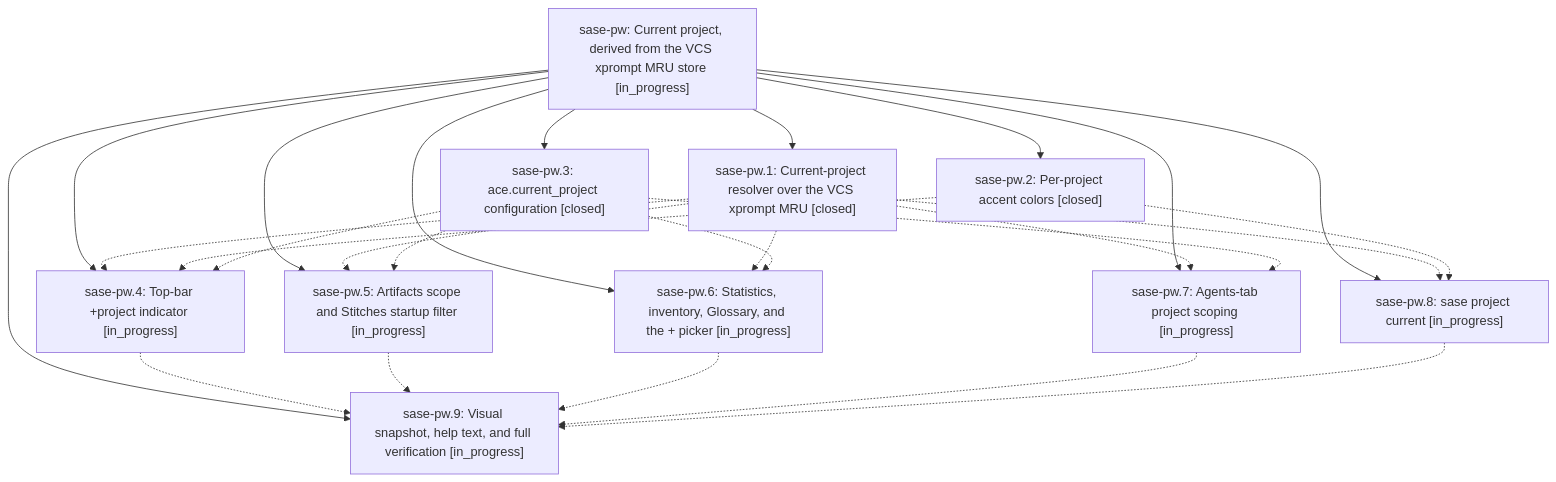
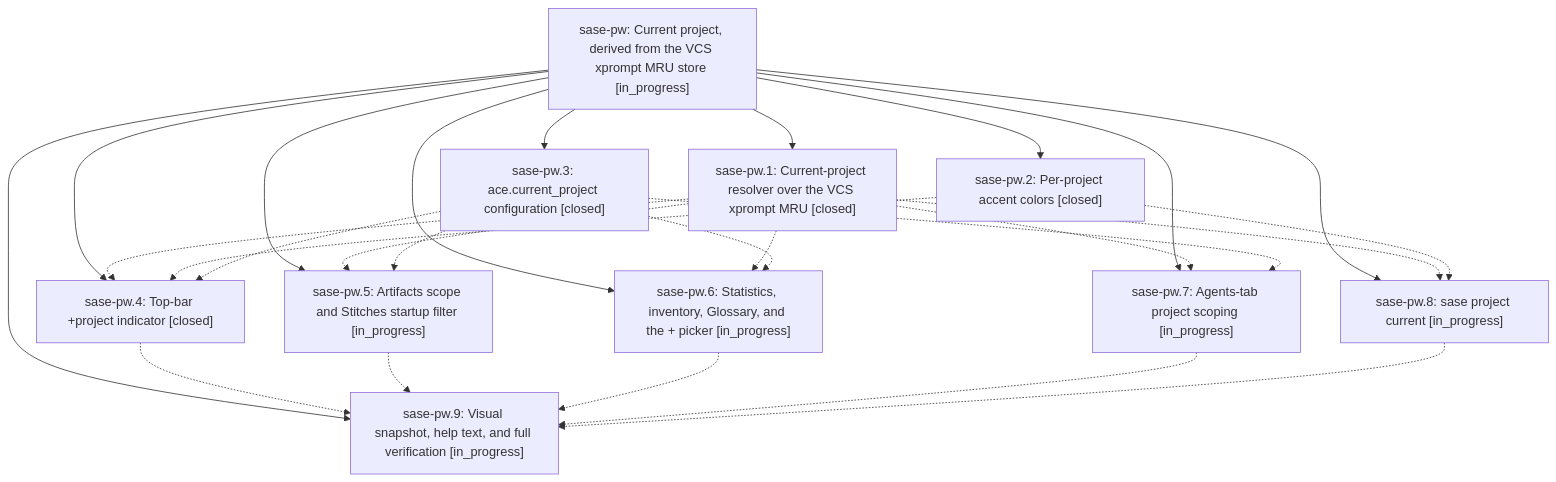
One commit to sase-org/sase--beads changed the diagram in pages/sase-pw/README.md. Above: the diagram before and after it, drawn with Mermaid. The commit also changed other lines of this file and 7 other files, not shown here.

````diff
--- a/pages/sase-pw/README.md
+++ b/pages/sase-pw/README.md
@@ -36,38 +38,38 @@
 ```mermaid
 flowchart TD
     n0["sase-pw: Current project, derived from the VCS xprompt MRU store [in_progress]"]
     n1["sase-pw.1: Current-project resolver over the VCS xprompt MRU [closed]"]
     n2["sase-pw.2: Per-project accent colors [closed]"]
     n3["sase-pw.3: ace.current_project configuration [closed]"]
-    n4["sase-pw.4: Top-bar +project indicator [in_progress]"]
+    n4["sase-pw.4: Top-bar +project indicator [closed]"]
     n5["sase-pw.5: Artifacts scope and Stitches startup filter [in_progress]"]
     n6["sase-pw.6: Statistics, inventory, Glossary, and the + picker [in_progress]"]
     n7["sase-pw.7: Agents-tab project scoping [in_progress]"]
     n8["sase-pw.8: sase project current [in_progress]"]
     n9["sase-pw.9: Visual snapshot, help text, and full verification [in_progress]"]
     n0 --> n1
     n0 --> n2
     n0 --> n3
     n0 --> n4
     n0 --> n5
     n0 --> n6
     n0 --> n7
     n0 --> n8
     n0 --> n9
     n1 -.-> n4
     n1 -.-> n5
     n1 -.-> n6
     n1 -.-> n7
     n1 -.-> n8
     n2 -.-> n4
     n2 -.-> n8
     n3 -.-> n4
     n3 -.-> n5
     n3 -.-> n6
     n3 -.-> n7
     n4 -.-> n9
     n5 -.-> n9
     n6 -.-> n9
     n7 -.-> n9
     n8 -.-> n9
 ```
````
